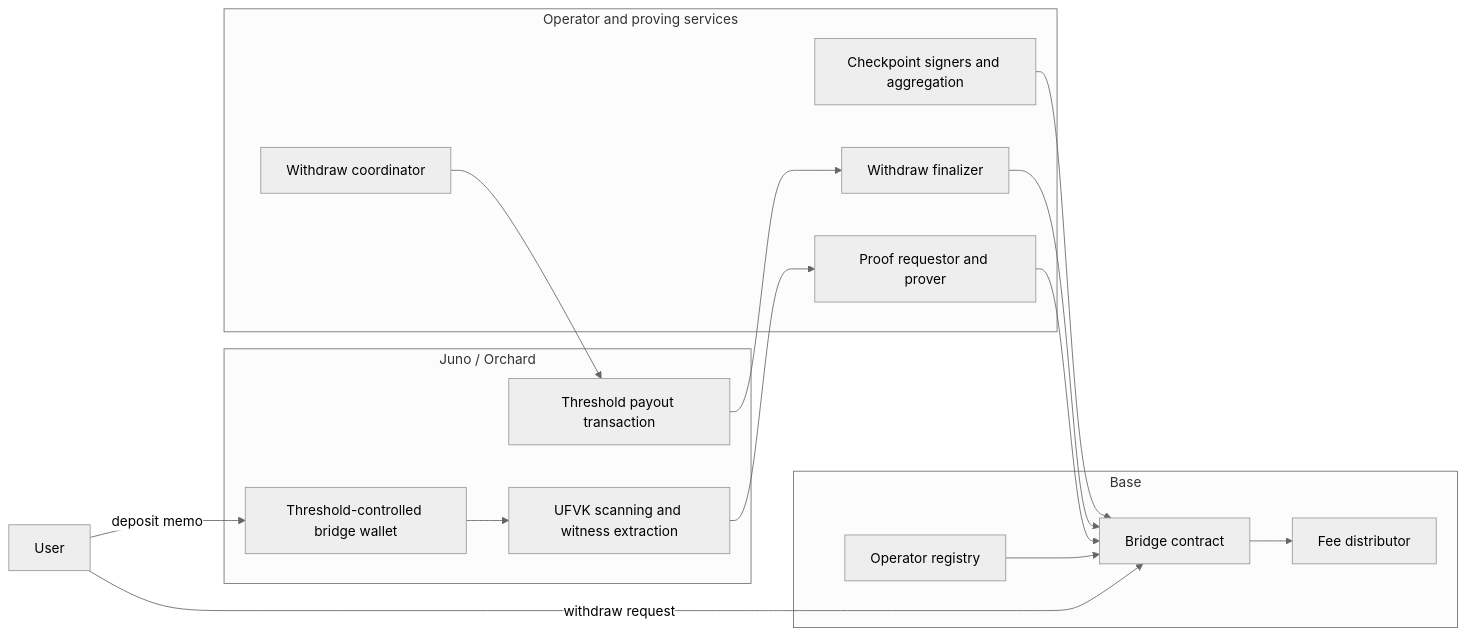
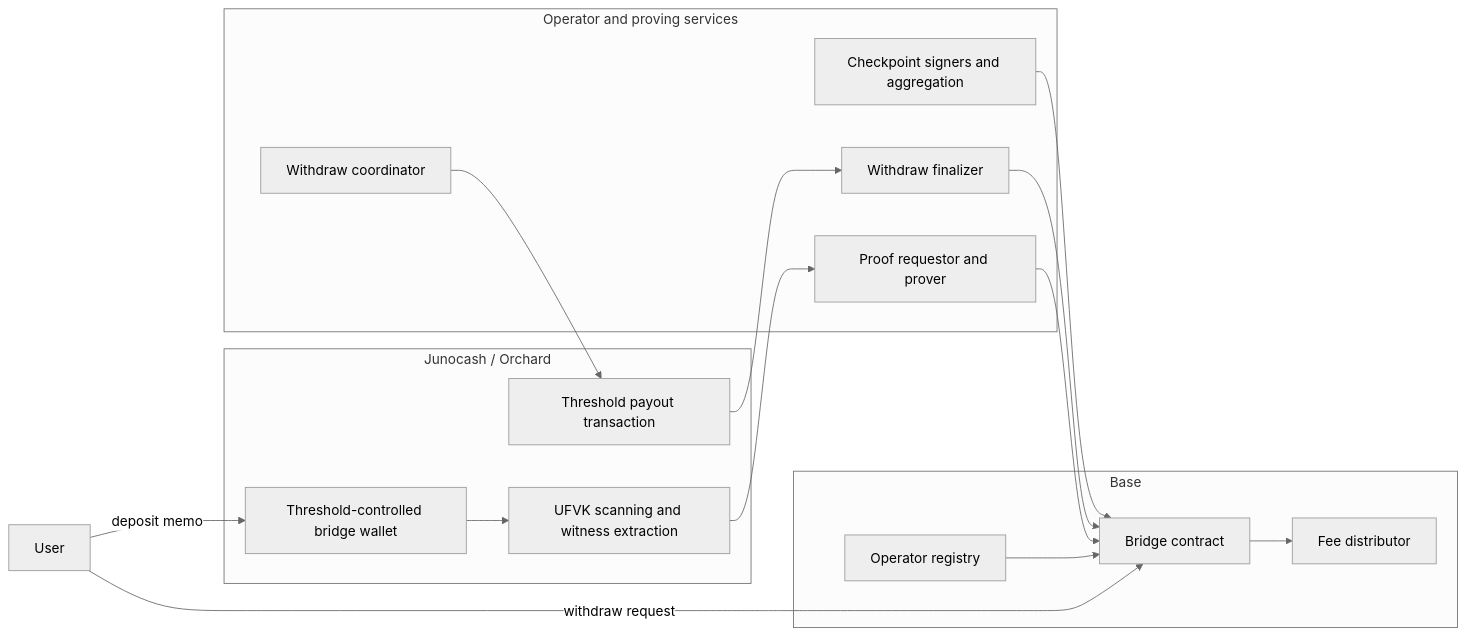
Before and after one commit to juno-intents/intents-juno: the first of 2 diagrams in docs/Juno Intents Whitepaper.md, drawn with Mermaid (neutral theme). The commit also changed other lines of this file, not shown here.

````diff
--- a/docs/Juno Intents Whitepaper.md
+++ b/docs/Juno Intents Whitepaper.md
@@ -37,35 +66,35 @@
 ```mermaid
 flowchart LR
   user["User"]
 
-  subgraph juno["Juno / Orchard"]
+  subgraph juno["Junocash / Orchard"]
     wallet["Threshold-controlled bridge wallet"]
     view["UFVK scanning and witness extraction"]
     payout["Threshold payout transaction"]
   end
 
   subgraph base["Base"]
     bridge["Bridge contract"]
     registry["Operator registry"]
     fees["Fee distributor"]
   end
 
   subgraph offchain["Operator and proving services"]
     ckpt["Checkpoint signers and aggregation"]
     prove["Proof requestor and prover"]
     coord["Withdraw coordinator"]
     finalizer["Withdraw finalizer"]
   end
 
   user -->|deposit memo| wallet
   user -->|withdraw request| bridge
   wallet --> view
   view --> prove
   ckpt --> bridge
   prove --> bridge
   coord --> payout
   payout --> finalizer
   finalizer --> bridge
   registry --> bridge
   bridge --> fees
 ```
````
